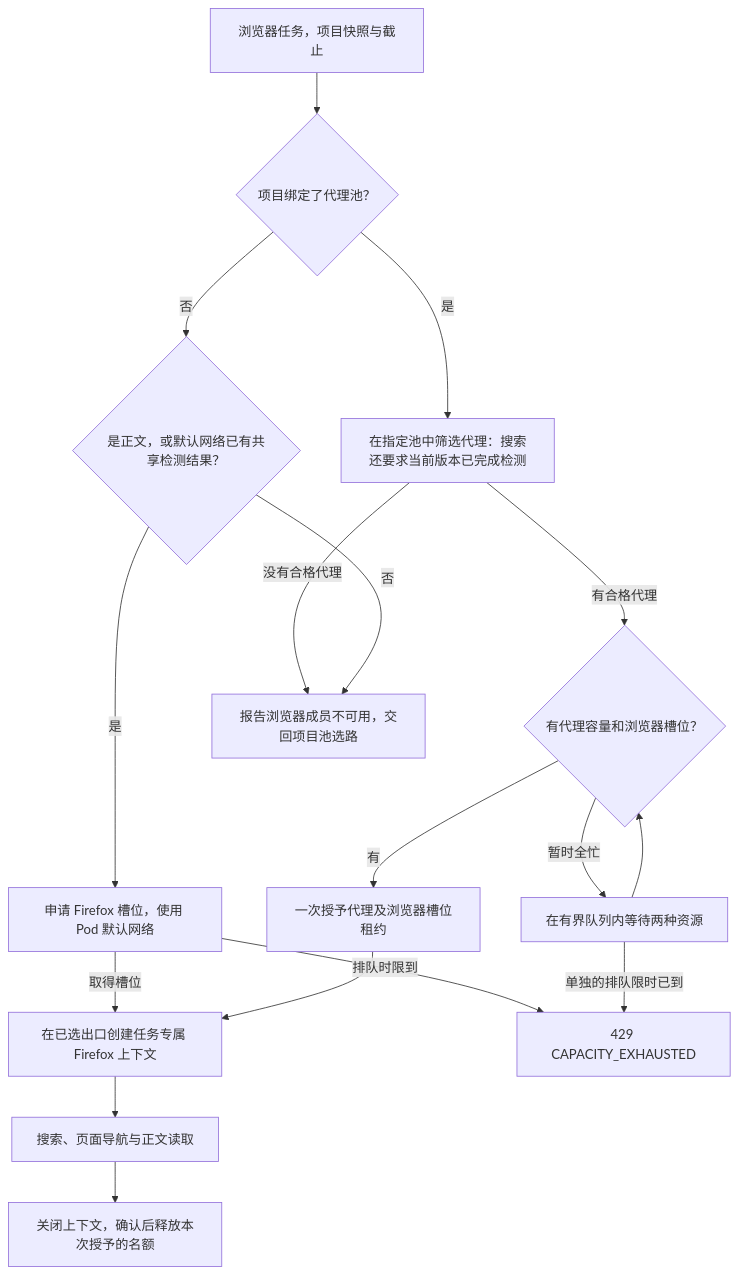
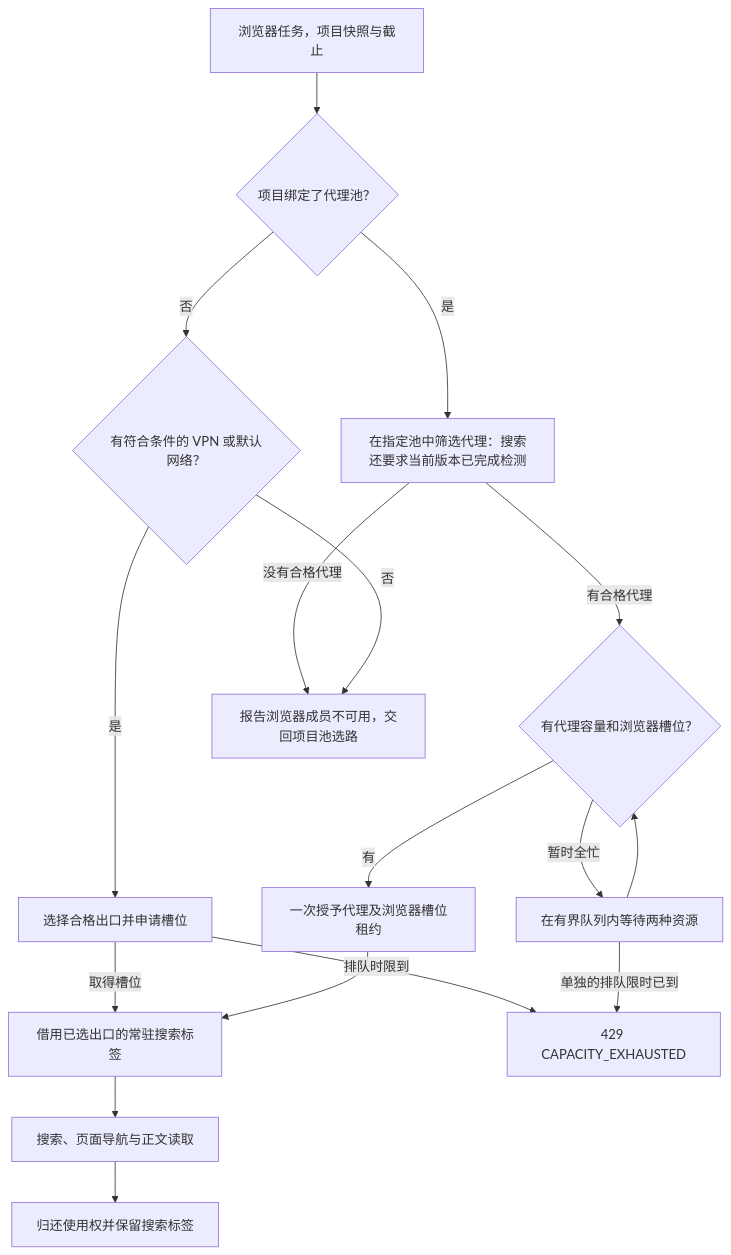
The third of 6 diagrams in docs/plan1/07-browser-proxies.md (Minecodex/OpenAgentSearch), drawn with Mermaid before and after one commit. The commit also changed other lines of this file and 276 other files, not shown here.

````diff
--- a/docs/plan1/07-browser-proxies.md
+++ b/docs/plan1/07-browser-proxies.md
@@ -88,19 +88,19 @@
 ```mermaid
 flowchart TD
     J["浏览器任务，项目快照与截止"] --> P{"项目绑定了代理池？"}
     P -->|是| F["在指定池中筛选代理：搜索还要求当前版本已完成检测"]
     F -->|有合格代理| S{"有代理容量和浏览器槽位？"}
     F -->|没有合格代理| E["报告浏览器成员不可用，交回项目池选路"]
-    P -->|否| Check{"是正文，或默认网络已有共享检测结果？"}
-    Check -->|是| D["申请 Firefox 槽位，使用 Pod 默认网络"]
+    P -->|否| Check{"有符合条件的 VPN 或默认网络？"}
+    Check -->|是| D["选择合格出口并申请槽位"]
     Check -->|否| E
     D -->|取得槽位| X
     D -->|排队时限到| Busy
     S -->|暂时全忙| W["在有界队列内等待两种资源"]
     W --> S
     W -->|单独的排队限时已到| Busy["429 CAPACITY_EXHAUSTED"]
     S -->|有| L["一次授予代理及浏览器槽位租约"]
-    L --> X["在已选出口创建任务专属 Firefox 上下文"]
+    L --> X["借用已选出口的常驻搜索标签"]
     X --> C["搜索、页面导航与正文读取"]
-    C --> R["关闭上下文，确认后释放本次授予的名额"]
+    C --> R["归还使用权并保留搜索标签"]
 ```
````
